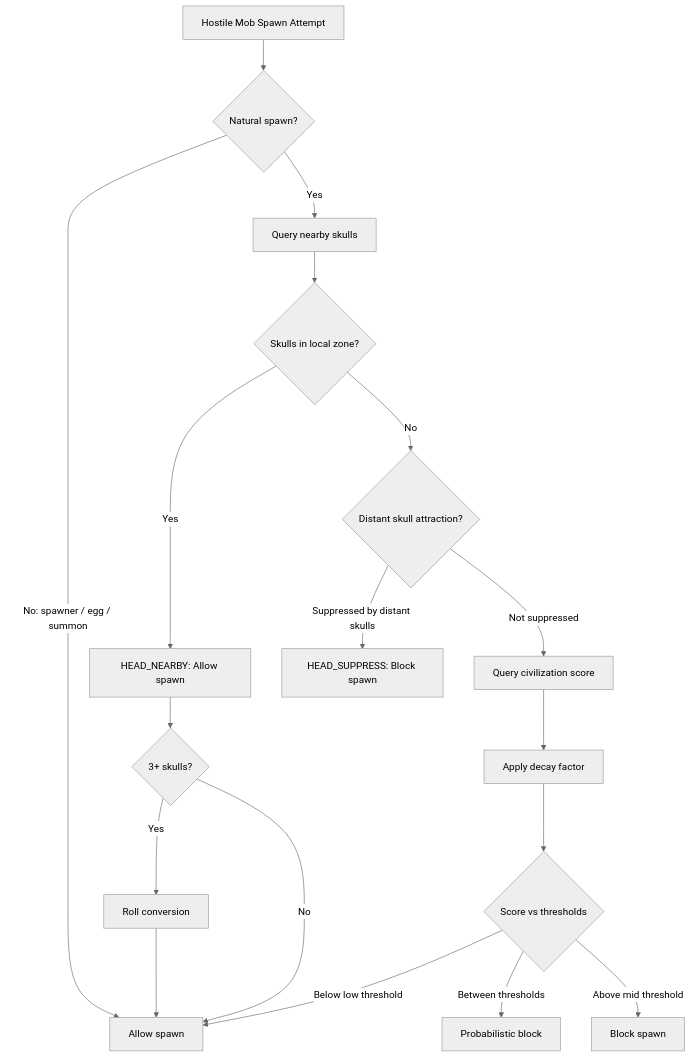
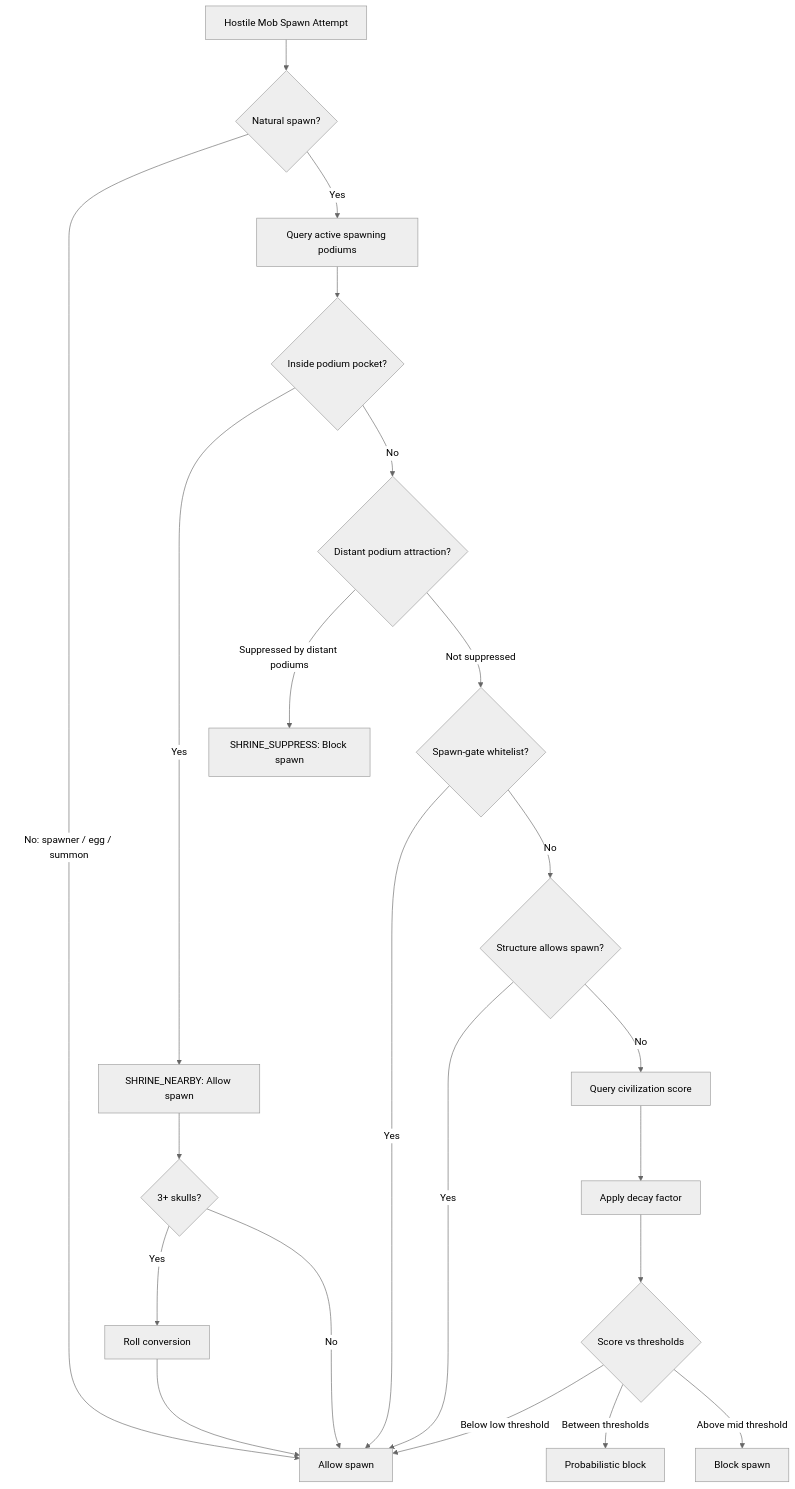
The first of 6 diagrams in docs/technical/architecture.md (MaoxnZ/Civillis), drawn with Mermaid (neutral theme) before and after one commit. The commit also changed other lines of this file and 19 other files, not shown here.

````diff
--- a/docs/technical/architecture.md
+++ b/docs/technical/architecture.md
@@ -11,36 +11,42 @@
 ```mermaid
 flowchart TD
     SpawnAttempt["Hostile Mob Spawn Attempt"]
     NaturalCheck{Natural spawn?}
-    HeadQuery["Query nearby skulls"]
-    HasNearby{Skulls in local zone?}
-    HeadNearby["HEAD_NEARBY: Allow spawn"]
+    ShrineQuery["Query active spawning podiums"]
+    HasNearby{Inside podium pocket?}
+    HeadNearby["SHRINE_NEARBY: Allow spawn"]
     ConvertCheck{3+ skulls?}
     ConvertMob["Roll conversion"]
-    HeadAttract{Distant skull attraction?}
-    HeadSuppress["HEAD_SUPPRESS: Block spawn"]
+    HeadAttract{Distant podium attraction?}
+    HeadSuppress["SHRINE_SUPPRESS: Block spawn"]
+    Whitelist{Spawn-gate whitelist?}
+    ZonePolicy{Structure allows spawn?}
     ScoreQuery["Query civilization score"]
     ApplyDecay["Apply decay factor"]
     ThresholdCheck{Score vs thresholds}
     Allow["Allow spawn"]
     Probabilistic["Probabilistic block"]
     Block["Block spawn"]
 
     SpawnAttempt --> NaturalCheck
     NaturalCheck -->|No: spawner / egg / summon| Allow
-    NaturalCheck -->|Yes| HeadQuery
-    HeadQuery --> HasNearby
+    NaturalCheck -->|Yes| ShrineQuery
+    ShrineQuery --> HasNearby
     HasNearby -->|Yes| HeadNearby
     HeadNearby --> ConvertCheck
     ConvertCheck -->|Yes| ConvertMob
     ConvertCheck -->|No| Allow
     ConvertMob --> Allow
     HasNearby -->|No| HeadAttract
-    HeadAttract -->|Suppressed by distant skulls| HeadSuppress
-    HeadAttract -->|Not suppressed| ScoreQuery
+    HeadAttract -->|Suppressed by distant podiums| HeadSuppress
+    HeadAttract -->|Not suppressed| Whitelist
+    Whitelist -->|Yes| Allow
+    Whitelist -->|No| ZonePolicy
+    ZonePolicy -->|Yes| Allow
+    ZonePolicy -->|No| ScoreQuery
     ScoreQuery --> ApplyDecay
     ApplyDecay --> ThresholdCheck
     ThresholdCheck -->|Below low threshold| Allow
     ThresholdCheck -->|Between thresholds| Probabilistic
     ThresholdCheck -->|Above mid threshold| Block
 ```
````
